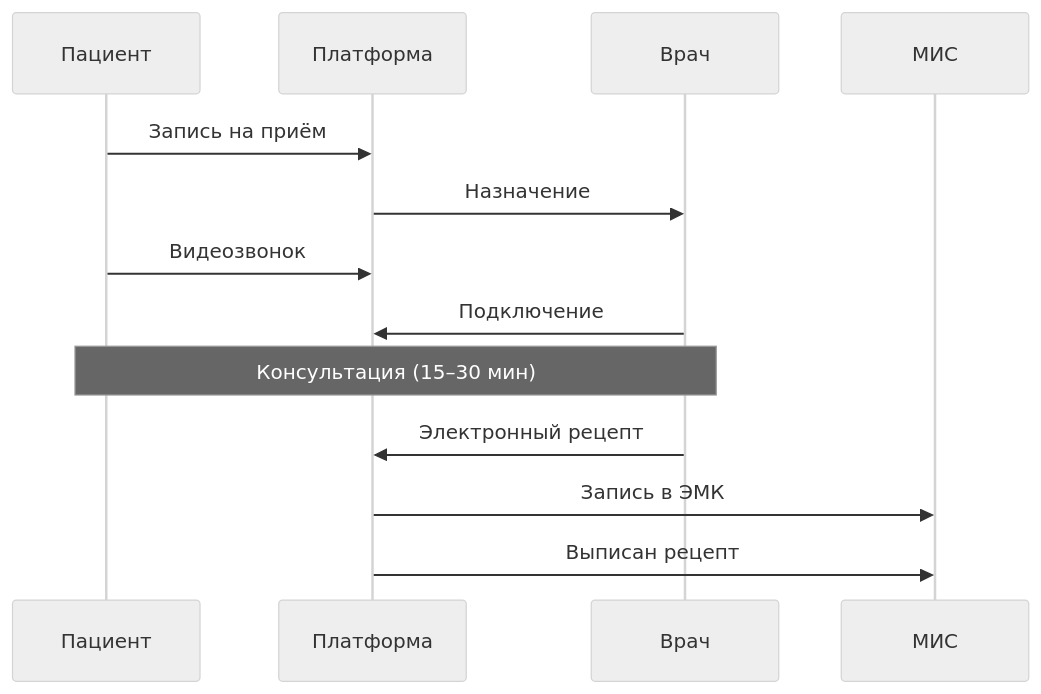
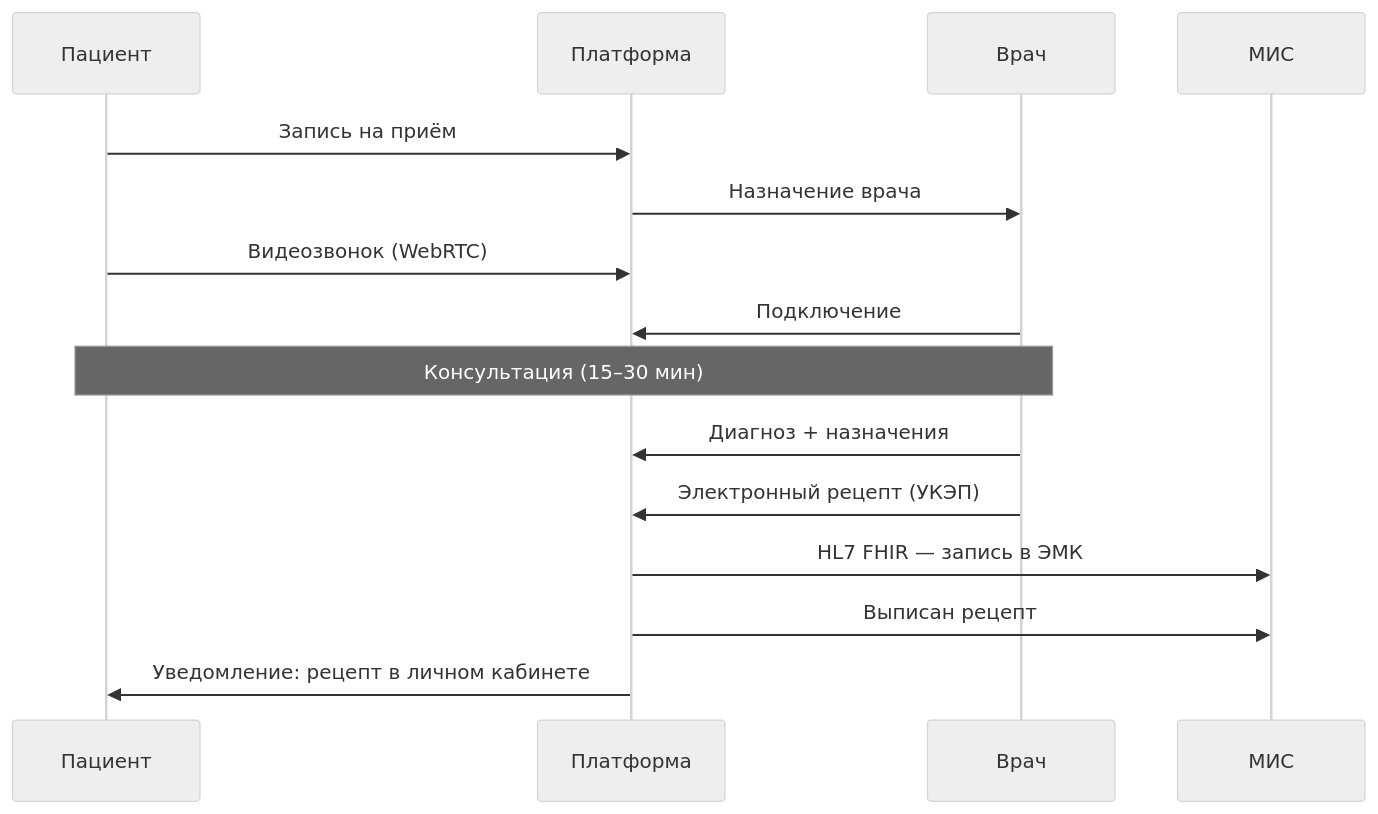
Before and after one commit to sergeyodnoval-bot/sysanalyst-kb.github.io: the second of 2 diagrams in docs/specialization/medtech-telemedicine.md, drawn with Mermaid (neutral theme). The commit also changed other lines of this file and 13 other files, not shown here.

````diff
--- a/docs/specialization/medtech-telemedicine.md
+++ b/docs/specialization/medtech-telemedicine.md
@@ -47,16 +72,18 @@
 ```mermaid
 sequenceDiagram
     participant P as Пациент
     participant PL as Платформа
     participant D as Врач
     participant MIS as МИС
 
     P->>PL: Запись на приём
-    PL->>D: Назначение
-    P->>PL: Видеозвонок
+    PL->>D: Назначение врача
+    P->>PL: Видеозвонок (WebRTC)
     D->>PL: Подключение
     Note over P,D: Консультация (15–30 мин)
-    D->>PL: Электронный рецепт
-    PL->>MIS: Запись в ЭМК
+    D->>PL: Диагноз + назначения
+    D->>PL: Электронный рецепт (УКЭП)
+    PL->>MIS: HL7 FHIR — запись в ЭМК
     PL->>MIS: Выписан рецепт
+    PL->>P: Уведомление: рецепт в личном кабинете
 ```
````
